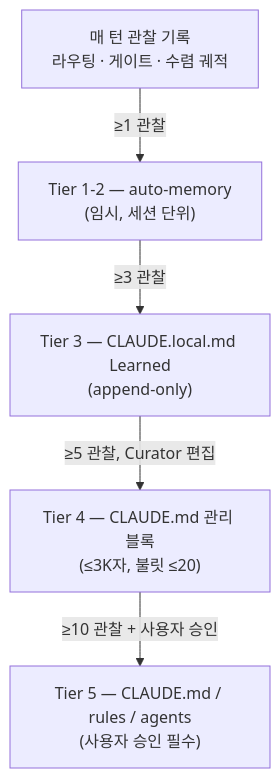
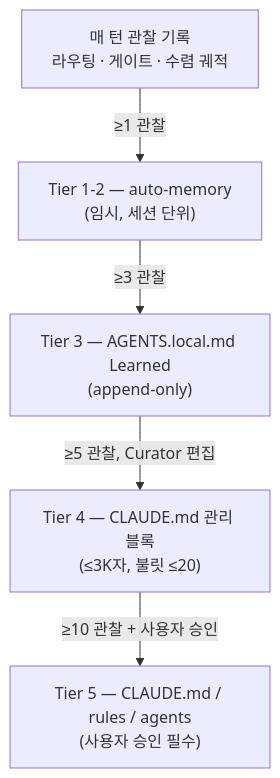
Before and after one commit to modu-ai/moai-adk: the first of 2 diagrams in docs-site/content/ko/advanced/harness-learning.md, drawn with Mermaid. The commit also changed other lines of this file and 31 other files, not shown here.

````diff
--- a/docs-site/content/ko/advanced/harness-learning.md
+++ b/docs-site/content/ko/advanced/harness-learning.md
@@ -23,13 +23,13 @@
 ```mermaid
 flowchart TD
     O["매 턴 관찰 기록<br/>라우팅 · 게이트 · 수렴 궤적"]
     T1["Tier 1-2 — auto-memory<br/>(임시, 세션 단위)"]
-    T3["Tier 3 — CLAUDE.local.md Learned<br/>(append-only)"]
+    T3["Tier 3 — AGENTS.local.md Learned<br/>(append-only)"]
     T4["Tier 4 — CLAUDE.md 관리 블록<br/>(≤3K자, 불릿 ≤20)"]
     T5["Tier 5 — CLAUDE.md / rules / agents<br/>(사용자 승인 필수)"]
 
     O -->|≥1 관찰| T1
     T1 -->|≥3 관찰| T3
     T3 -->|≥5 관찰, Curator 편집| T4
     T4 -->|≥10 관찰 + 사용자 승인| T5
 ```
````
